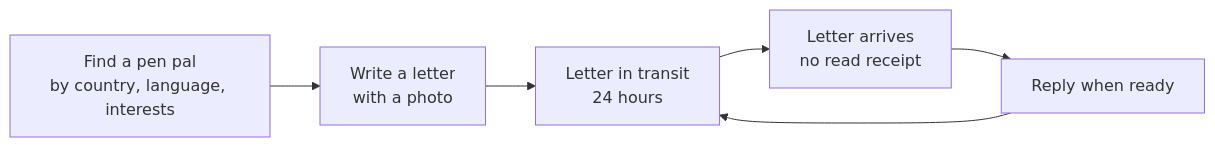
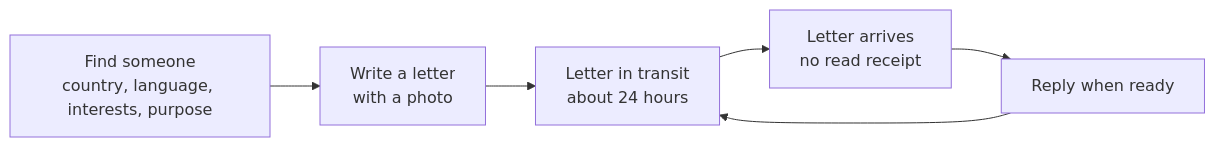
The first of 2 diagrams in README.md (Jkoreaboi/luvbird), drawn with Mermaid before and after one commit. The commit also changed other lines of this file and 6 other files, not shown here.

First line of the commit message:
fix: check the letter flow in order

````diff
--- a/README.md
+++ b/README.md
@@ -76,8 +76,8 @@
 ```mermaid
 flowchart LR
-    A[Find a pen pal<br/>by country, language, interests] --> B[Write a letter<br/>with a photo]
-    B --> C[Letter in transit<br/>24 hours]
+    A[Find someone<br/>country, language, interests, purpose] --> B[Write a letter<br/>with a photo]
+    B --> C[Letter in transit<br/>about 24 hours]
     C --> D[Letter arrives<br/>no read receipt]
     D --> E[Reply when ready]
     E --> C
 ```
````
